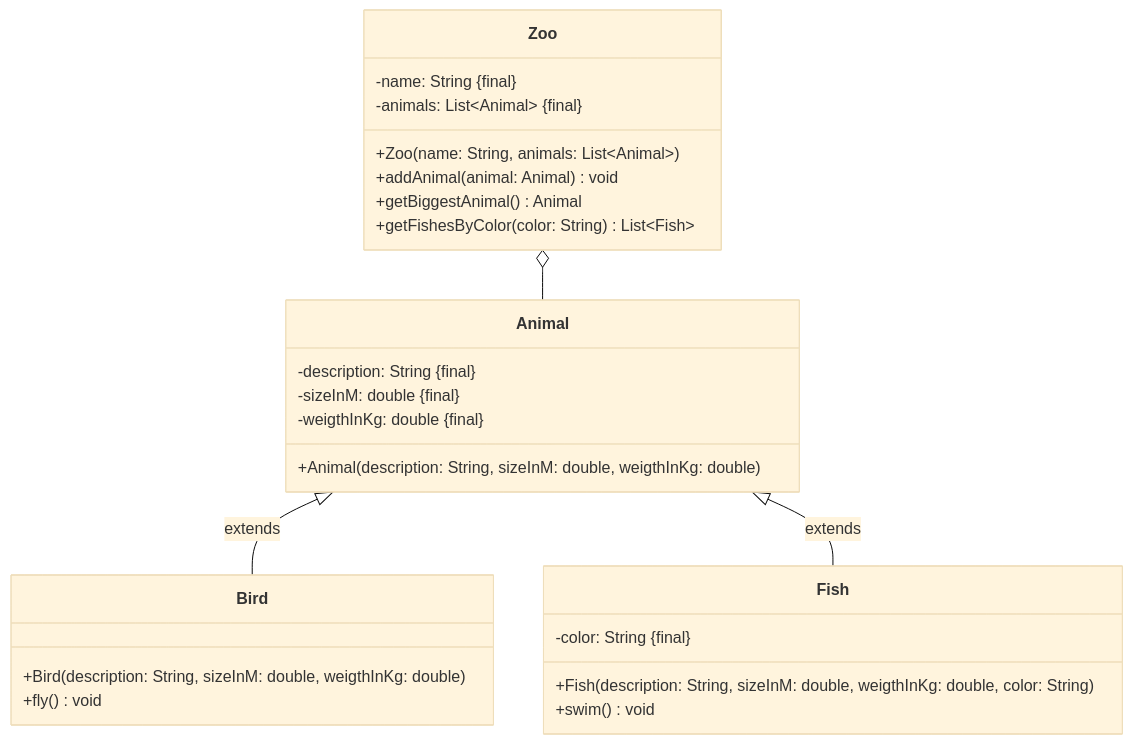
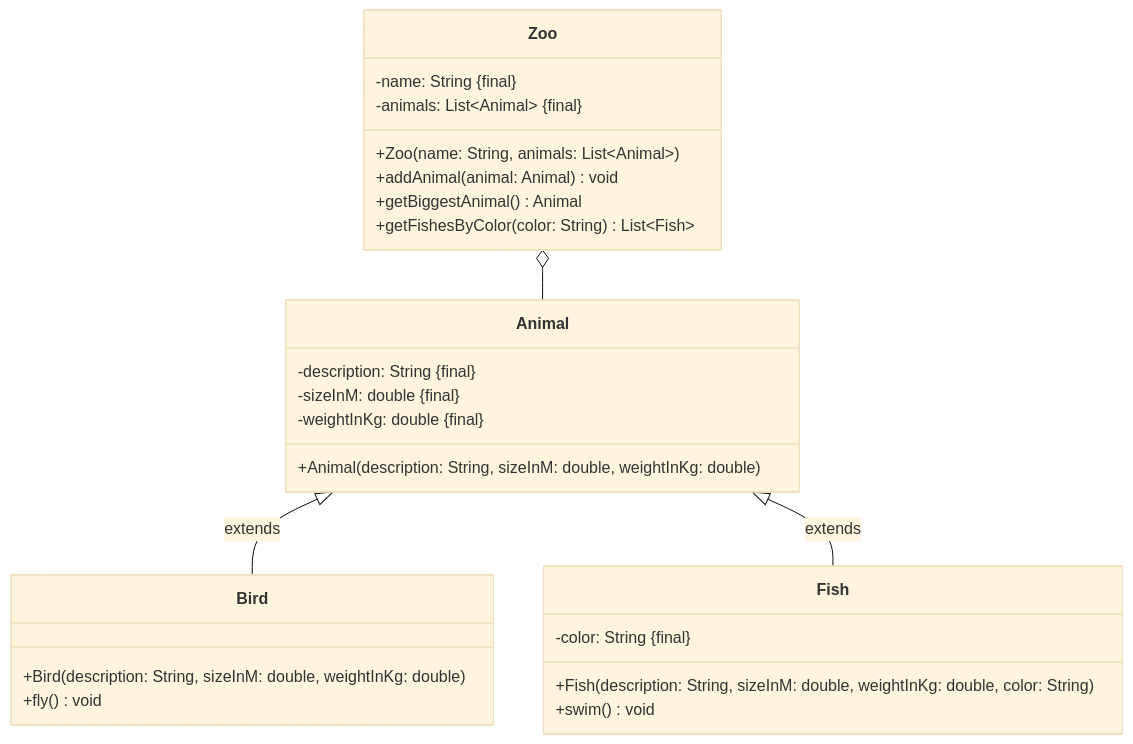
One commit to jappuccini/java-docs changed the diagram in docs/exam-exercises/exam-exercises-java1/class-diagrams/zoo.md. Above: the diagram before and after it, drawn with Mermaid (base theme). The commit also changed 23 other files, not shown here.

````diff
--- a/docs/exam-exercises/exam-exercises-java1/class-diagrams/zoo.md
+++ b/docs/exam-exercises/exam-exercises-java1/class-diagrams/zoo.md
@@ -12,33 +12,33 @@
 ```mermaid
 classDiagram
     Zoo o-- Animal
     Animal <|-- Bird : extends
     Animal <|-- Fish : extends
 
     class Zoo {
         -name: String #123;final#125;
         -animals: List~Animal~ #123;final#125;
         +Zoo(name: String, animals: List~Animal~)
         +addAnimal(animal: Animal) void
         +getBiggestAnimal() Animal
         +getFishesByColor(color: String) List~Fish~
     }
 
     class Animal {
         -description: String #123;final#125;
         -sizeInM: double #123;final#125;
-        -weigthInKg: double #123;final#125;
-        +Animal(description: String, sizeInM: double, weigthInKg: double)
+        -weightInKg: double #123;final#125;
+        +Animal(description: String, sizeInM: double, weightInKg: double)
     }
 
     class Bird {
-        +Bird(description: String, sizeInM: double, weigthInKg: double)
+        +Bird(description: String, sizeInM: double, weightInKg: double)
         +fly() void
     }
 
     class Fish {
         -color: String #123;final#125;
-        +Fish(description: String, sizeInM: double, weigthInKg: double, color: String)
+        +Fish(description: String, sizeInM: double, weightInKg: double, color: String)
         +swim() void
     }
 ```
````
